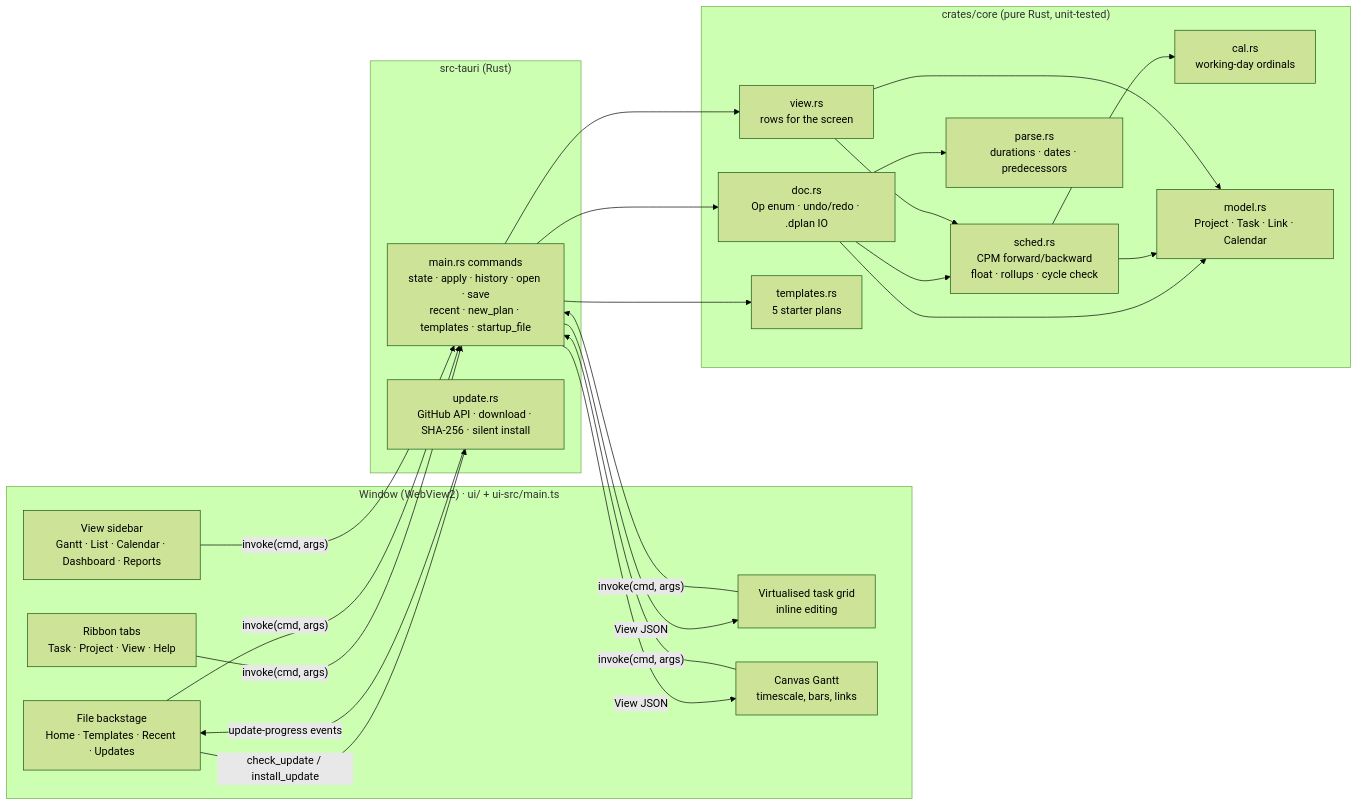
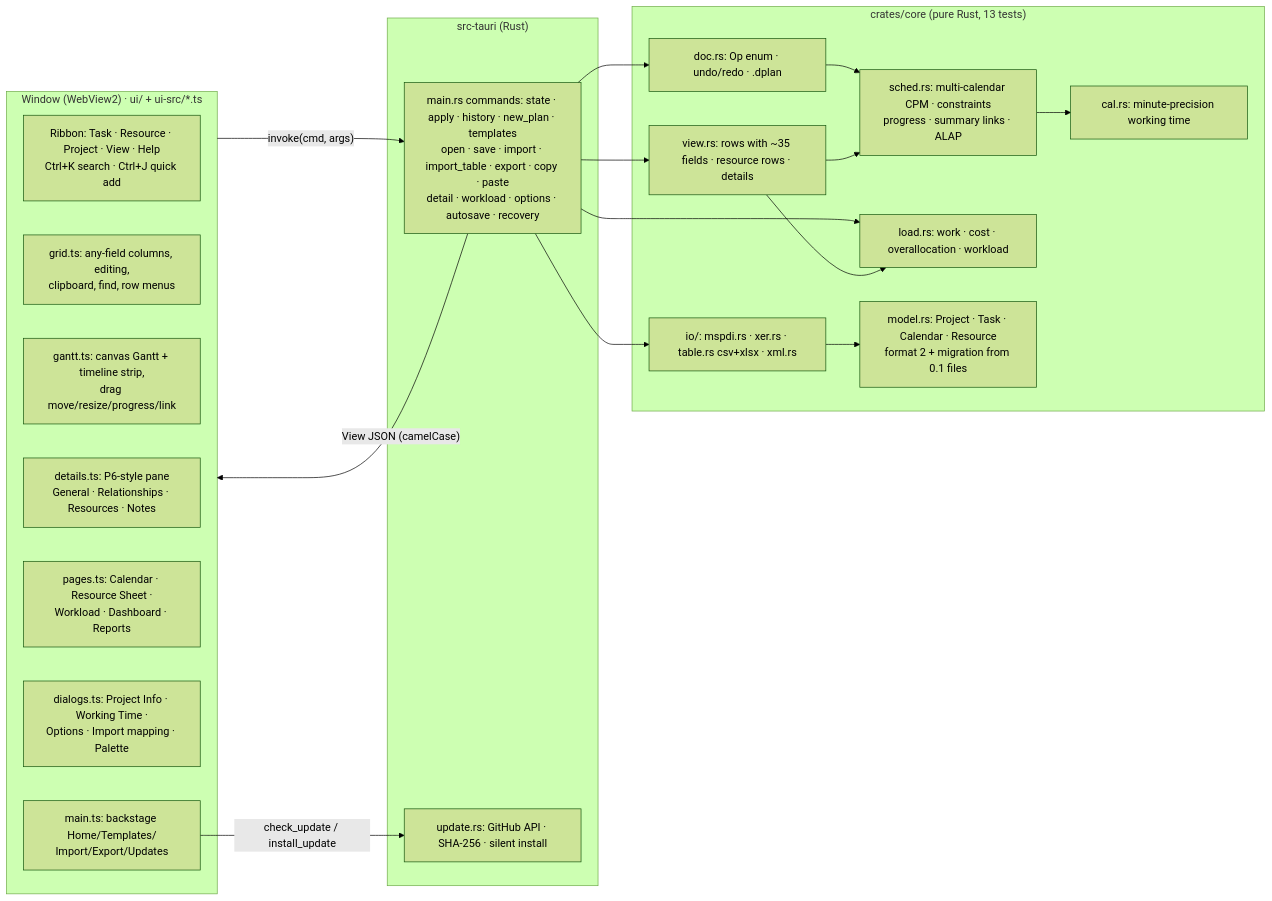
The first of 3 diagrams in docs/MEMORY.md (Edgar-Mendonca/Datum-Plan), drawn with Mermaid (forest theme) before and after one commit. The commit also changed other lines of this file and 24 other files, not shown here.

First line of the commit message:
Datum Plan 0.2.0: calendars, constraints, resources, baselines, import/export and a new UI

````diff
--- a/docs/MEMORY.md
+++ b/docs/MEMORY.md
@@ -20,32 +20,32 @@
 ```mermaid
 flowchart LR
-  subgraph UI["Window (WebView2) · ui/ + ui-src/main.ts"]
-    Ribbon[Ribbon tabs<br/>Task · Project · View · Help]
-    Grid[Virtualised task grid<br/>inline editing]
-    Gantt[Canvas Gantt<br/>timescale, bars, links]
-    Home[File backstage<br/>Home · Templates · Recent · Updates]
-    Side[View sidebar<br/>Gantt · List · Calendar · Dashboard · Reports]
+  subgraph UI["Window (WebView2) · ui/ + ui-src/*.ts"]
+    Ribbon[Ribbon: Task · Resource · Project · View · Help<br/>Ctrl+K search · Ctrl+J quick add]
+    Grid[grid.ts: any-field columns, editing,<br/>clipboard, find, row menus]
+    Gantt[gantt.ts: canvas Gantt + timeline strip,<br/>drag move/resize/progress/link]
+    Det[details.ts: P6-style pane<br/>General · Relationships · Resources · Notes]
+    Pages[pages.ts: Calendar · Resource Sheet ·<br/>Workload · Dashboard · Reports]
+    Dlg[dialogs.ts: Project Info · Working Time ·<br/>Options · Import mapping · Palette]
+    Home[main.ts: backstage Home/Templates/<br/>Import/Export/Updates]
   end
   subgraph Shell["src-tauri (Rust)"]
-    Cmd[main.rs commands<br/>state · apply · history · open · save<br/>recent · new_plan · templates · startup_file]
-    Upd[update.rs<br/>GitHub API · download · SHA-256 · silent install]
+    Cmd[main.rs commands: state · apply · history · new_plan · templates<br/>open · save · import · import_table · export · copy · paste<br/>detail · workload · options · autosave · recovery]
+    Upd[update.rs: GitHub API · SHA-256 · silent install]
   end
-  subgraph Core["crates/core (pure Rust, unit-tested)"]
-    Doc[doc.rs<br/>Op enum · undo/redo · .dplan IO]
-    Sched[sched.rs<br/>CPM forward/backward<br/>float · rollups · cycle check]
-    Cal[cal.rs<br/>working-day ordinals]
-    Parse[parse.rs<br/>durations · dates · predecessors]
-    View[view.rs<br/>rows for the screen]
-    Model[model.rs<br/>Project · Task · Link · Calendar]
-    Tpl[templates.rs<br/>5 starter plans]
+  subgraph Core["crates/core (pure Rust, 13 tests)"]
+    Doc[doc.rs: Op enum · undo/redo · .dplan]
+    Sched[sched.rs: multi-calendar CPM · constraints<br/>progress · summary links · ALAP]
+    Cal[cal.rs: minute-precision working time]
+    Load[load.rs: work · cost · overallocation · workload]
+    View[view.rs: rows with ~35 fields · resource rows · details]
+    IO[io/: mspdi.rs · xer.rs · table.rs csv+xlsx · xml.rs]
+    Model[model.rs: Project · Task · Calendar · Resource<br/>format 2 + migration from 0.1 files]
   end
-  Ribbon & Grid & Gantt & Home & Side -- "invoke(cmd, args)" --> Cmd
-  Cmd --> Tpl
-  Cmd -- "View JSON" --> Grid & Gantt
+  UI -- "invoke(cmd, args)" --> Cmd
+  Cmd -- "View JSON (camelCase)" --> UI
   Home -- check_update / install_update --> Upd
-  Upd -- "update-progress events" --> Home
-  Cmd --> Doc --> Sched --> Cal
-  Doc --> Parse
-  Cmd --> View --> Sched
-  Doc & Sched & View --> Model
+  Cmd --> Doc & View & IO & Load
+  Doc --> Sched --> Cal
+  View --> Sched & Load
+  IO --> Model
 ```
````
